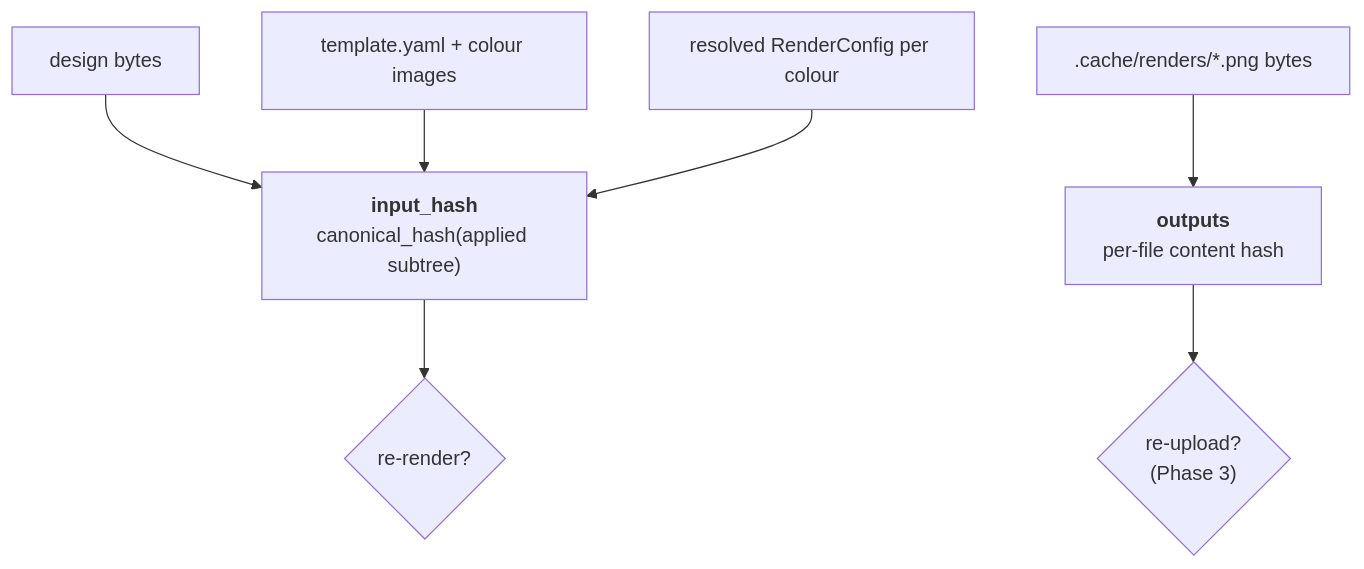
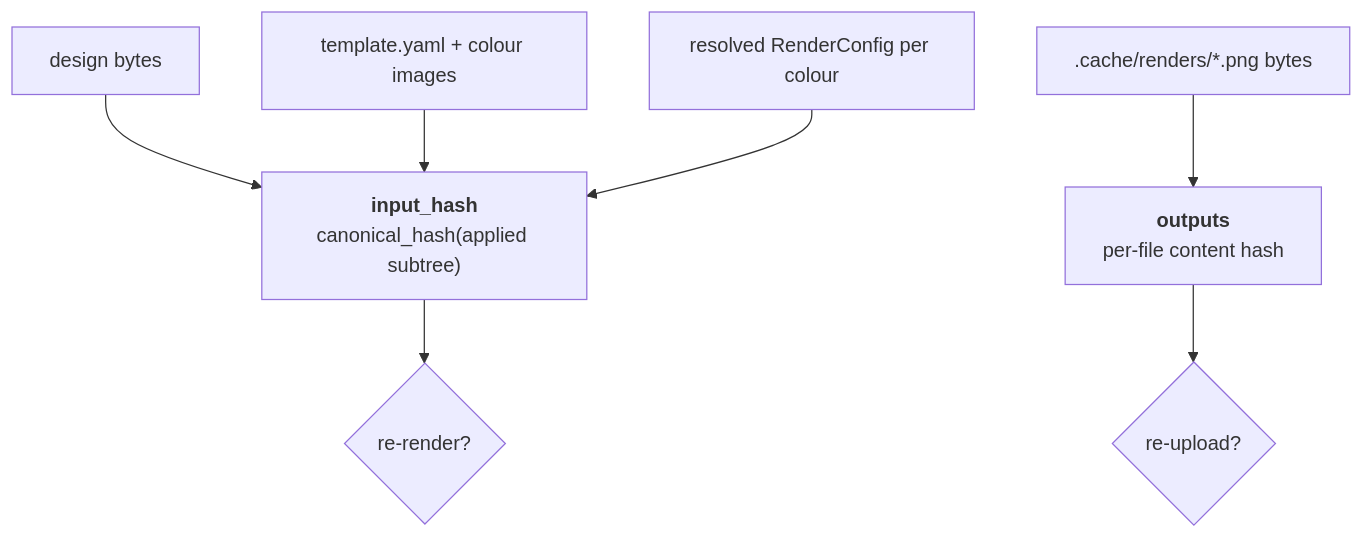
Before and after one commit to eli-jordan/etsy-listing-automation: the fourth of 5 diagrams in docs/architecture.md, drawn with Mermaid. The commit also changed other lines of this file and 3 other files, not shown here.

First line of the commit message:
docs: slim AGENTS.md, refresh README, move invariants to architecture

````diff
--- a/docs/architecture.md
+++ b/docs/architecture.md
@@ -187,10 +187,10 @@
 ```mermaid
 graph TD
     Design["design bytes"] --> IH
     Template["template.yaml + colour images"] --> IH
     Cfg["resolved RenderConfig per colour"] --> IH
     IH["<b>input_hash</b><br/>canonical_hash(applied subtree)"] --> Rerender{"re-render?"}
 
     Png[".cache/renders/*.png bytes"] --> OH["<b>outputs</b><br/>per-file content hash"]
-    OH --> Reupload{"re-upload?<br/>(Phase 3)"}
+    OH --> Reupload{"re-upload?"}
 ```
````
